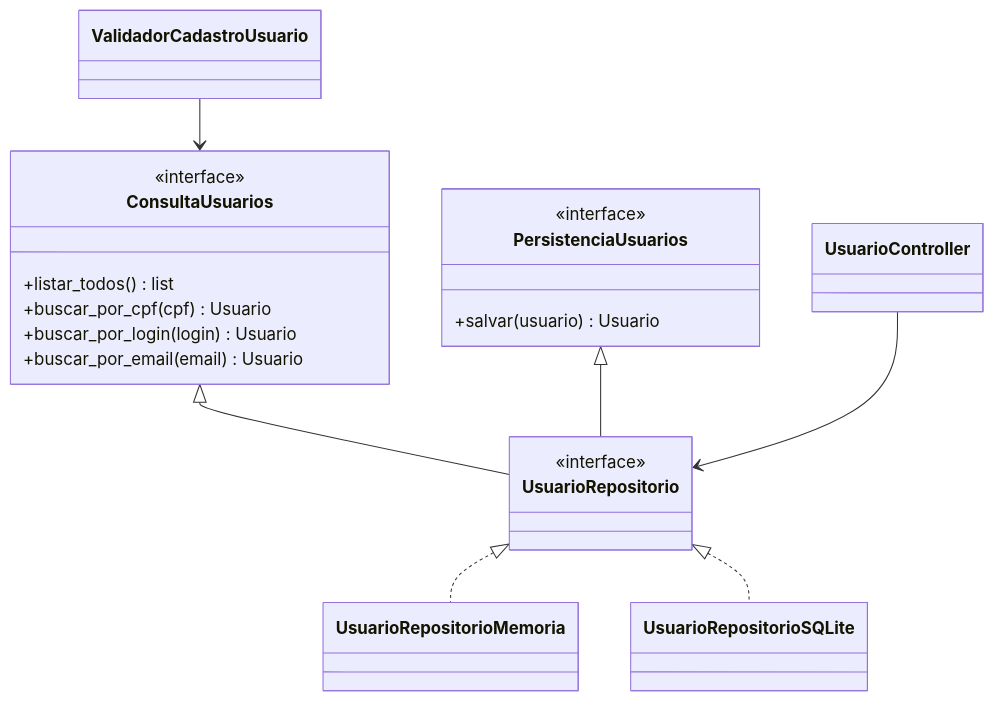
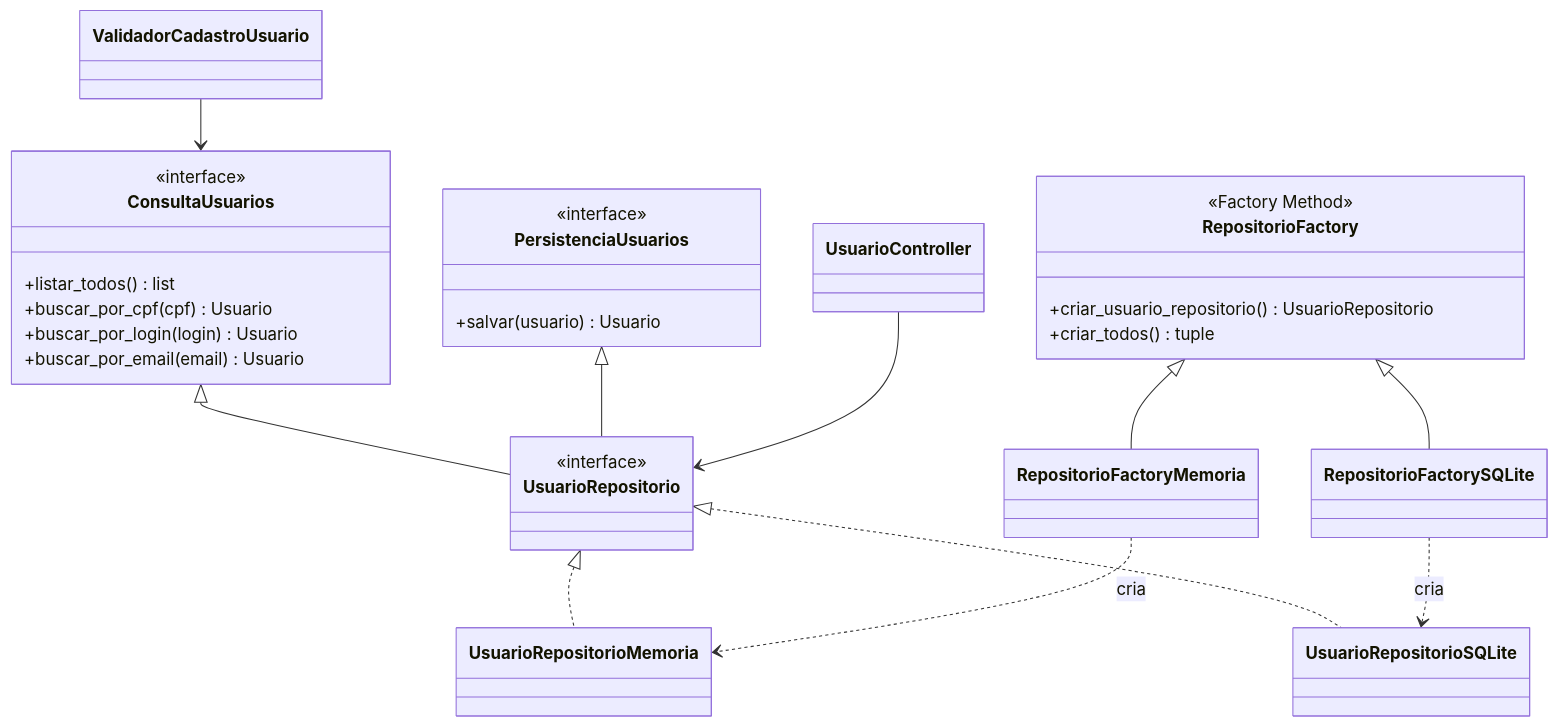
The second of 3 diagrams in docs/08-projeto.md (bruvaloes/audita), drawn with Mermaid before and after one commit. The commit also changed other lines of this file, not shown here.

First line of the commit message:
docs(projeto): referenciar o diagrama de classes de projeto da Sprint 4

````diff
--- a/docs/08-projeto.md
+++ b/docs/08-projeto.md
@@ -76,23 +87,32 @@
 ```mermaid
 classDiagram
     class ConsultaUsuarios {
         <<interface>>
         +listar_todos() list
         +buscar_por_cpf(cpf) Usuario
         +buscar_por_login(login) Usuario
         +buscar_por_email(email) Usuario
     }
     class PersistenciaUsuarios {
         <<interface>>
         +salvar(usuario) Usuario
     }
     class UsuarioRepositorio {
         <<interface>>
     }
     ConsultaUsuarios <|-- UsuarioRepositorio
     PersistenciaUsuarios <|-- UsuarioRepositorio
+    class RepositorioFactory {
+        <<Factory Method>>
+        +criar_usuario_repositorio() UsuarioRepositorio
+        +criar_todos() tuple
+    }
     UsuarioRepositorio <|.. UsuarioRepositorioMemoria
     UsuarioRepositorio <|.. UsuarioRepositorioSQLite
+    RepositorioFactory <|-- RepositorioFactoryMemoria
+    RepositorioFactory <|-- RepositorioFactorySQLite
+    RepositorioFactoryMemoria ..> UsuarioRepositorioMemoria : cria
+    RepositorioFactorySQLite ..> UsuarioRepositorioSQLite : cria
     UsuarioController --> UsuarioRepositorio
     ValidadorCadastroUsuario --> ConsultaUsuarios
 ```
````
